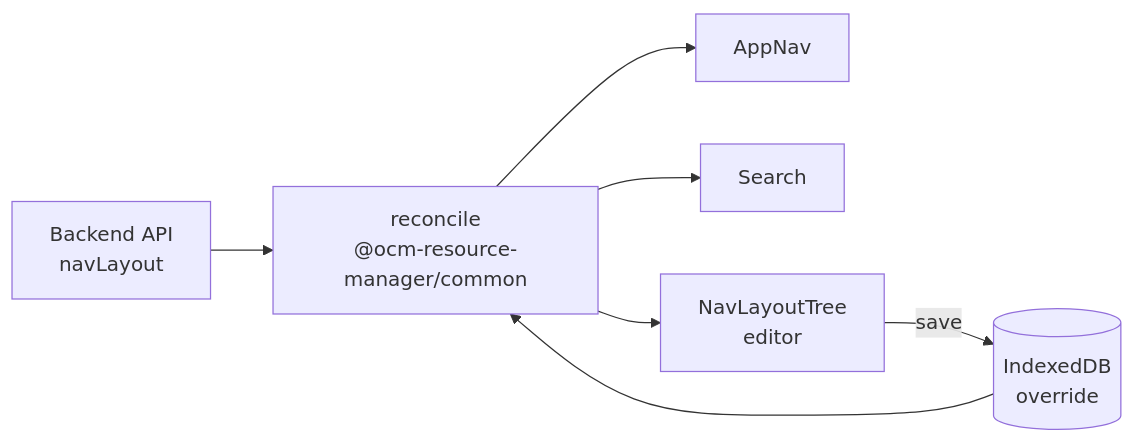
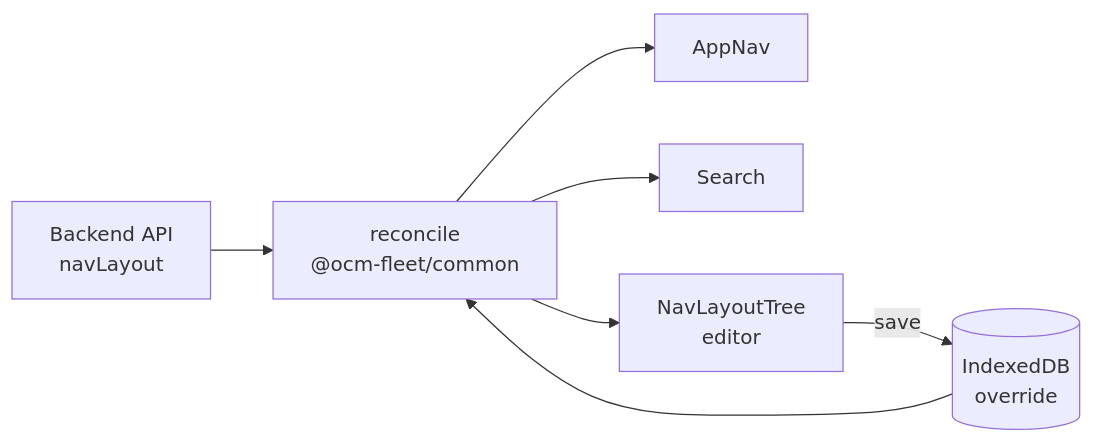
One commit to fleetshift/fleetshift-poc changed the third of 3 diagrams in docs/ui/nav-customization.md. Above: the diagram before and after it, drawn with Mermaid. The commit also changed other lines of this file and 819 other files, not shown here.

Commit message:
Use OCM Fleet for project identity and terminology

````diff
--- a/docs/ui/nav-customization.md
+++ b/docs/ui/nav-customization.md
@@ -313,9 +313,9 @@
 ```mermaid
 flowchart LR
-    BE["Backend API<br/>navLayout"] --> R["reconcile<br/>@ocm-resource-manager/common"]
+    BE["Backend API<br/>navLayout"] --> R["reconcile<br/>@ocm-fleet/common"]
     IDB[("IndexedDB<br/>override")] --> R
     R --> AN[AppNav]
     R --> S[Search]
     R --> T[NavLayoutTree\neditor]
     T -- save --> IDB
 ```
````
